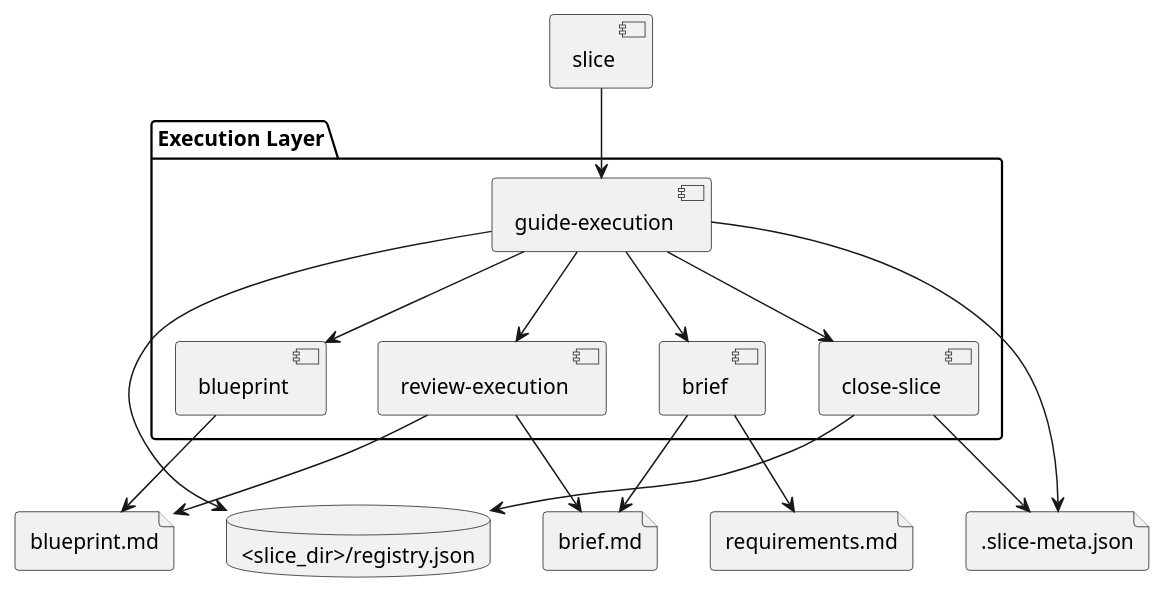
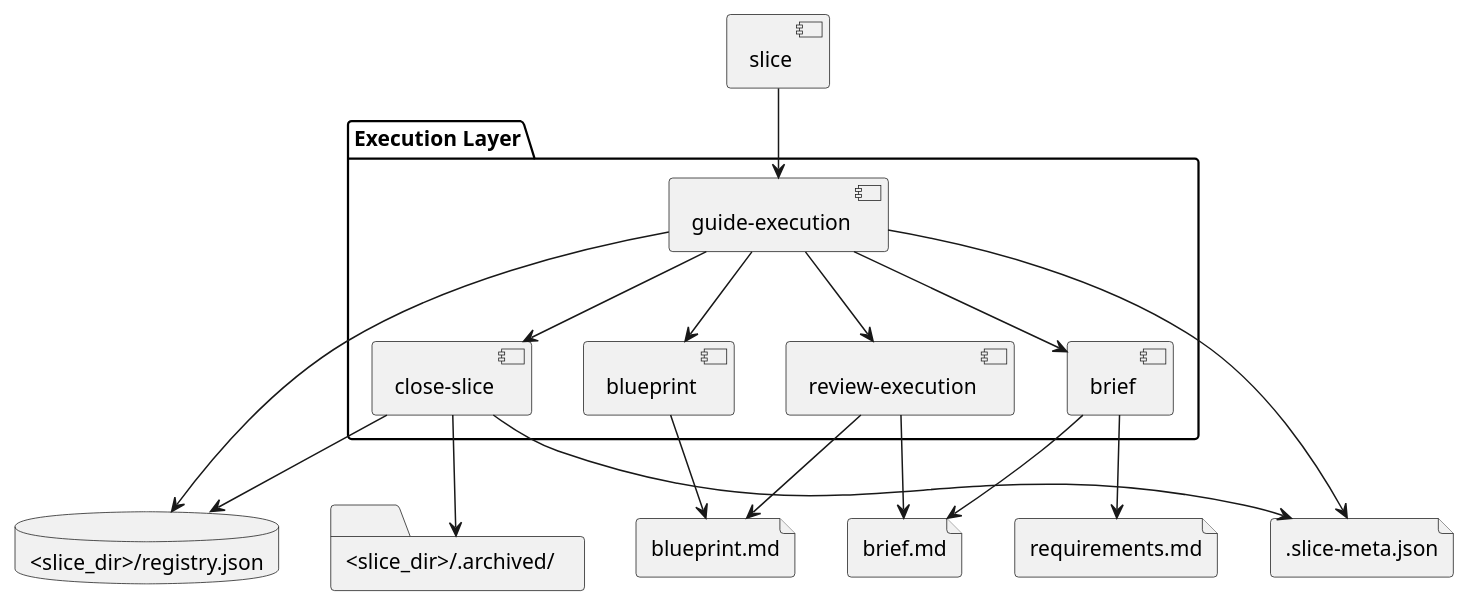
Before and after one commit to sirius-cc-wu/sirius-skills: the diagram in docs/features/execution-workflow/system-design.md, drawn with PlantUML. The commit also changed other lines of this file and 9 other files, not shown here.

````diff
--- a/docs/features/execution-workflow/system-design.md
+++ b/docs/features/execution-workflow/system-design.md
@@ -41,32 +42,34 @@
 ```plantuml
 @startuml
 package "Execution Layer" {
   [guide-execution]
   [brief]
   [blueprint]
   [review-execution]
   [close-slice]
 }
 
 database "<slice_dir>/registry.json" as Registry
 file ".slice-meta.json" as Meta
+folder "<slice_dir>/.archived/" as Archive
 file "brief.md" as Brief
 file "blueprint.md" as PlanDoc
 file "requirements.md" as Requirements
 
 [slice] --> [guide-execution]
 [guide-execution] --> Registry
 [guide-execution] --> Meta
 [guide-execution] --> [brief]
 [guide-execution] --> [blueprint]
 [guide-execution] --> [review-execution]
 [guide-execution] --> [close-slice]
 [brief] --> Brief
 [brief] --> Requirements
 [blueprint] --> PlanDoc
 [review-execution] --> Brief
 [review-execution] --> PlanDoc
 [close-slice] --> Meta
 [close-slice] --> Registry
+[close-slice] --> Archive
 @enduml
 ```
````
